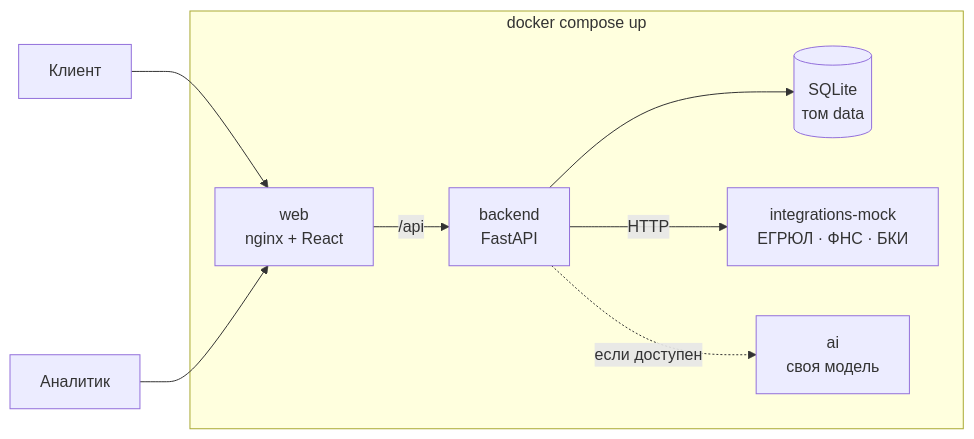
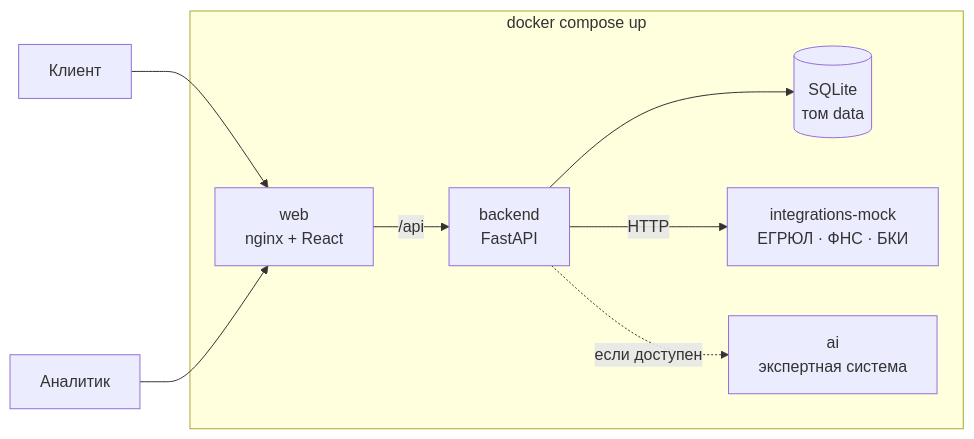
The diagram in README.md (xrnskew/XRONIX), drawn with Mermaid before and after one commit. The commit also changed other lines of this file and 4 other files, not shown here.

First line of the commit message:
docs: приёмка раунда 2 бэкенда, задачи раунда 3, экспертная система вместо модели

````diff
--- a/README.md
+++ b/README.md
@@ -108,11 +108,11 @@
 ```mermaid
 flowchart LR
     C[Клиент] --> W
     A[Аналитик] --> W
     subgraph compose[docker compose up]
       W["web<br/>nginx + React"] -->|"/api"| B["backend<br/>FastAPI"]
       B --> DB[("SQLite<br/>том data")]
       B -->|HTTP| M["integrations-mock<br/>ЕГРЮЛ · ФНС · БКИ"]
-      B -.->|"если доступен"| AI["ai<br/>своя модель"]
+      B -.->|"если доступен"| AI["ai<br/>экспертная система"]
     end
 ```
````
